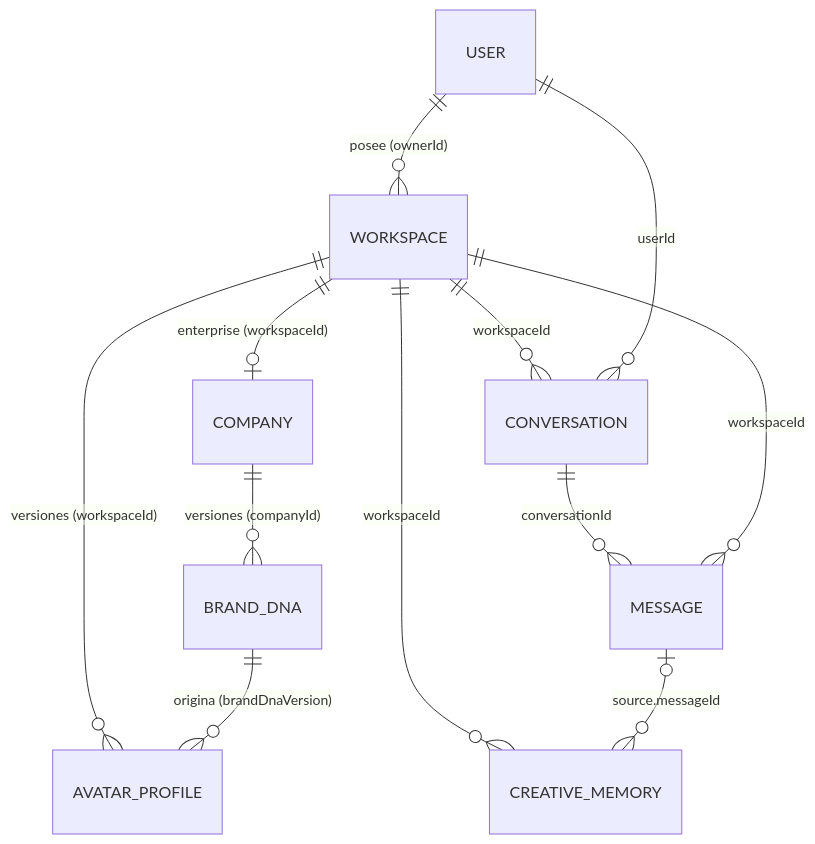
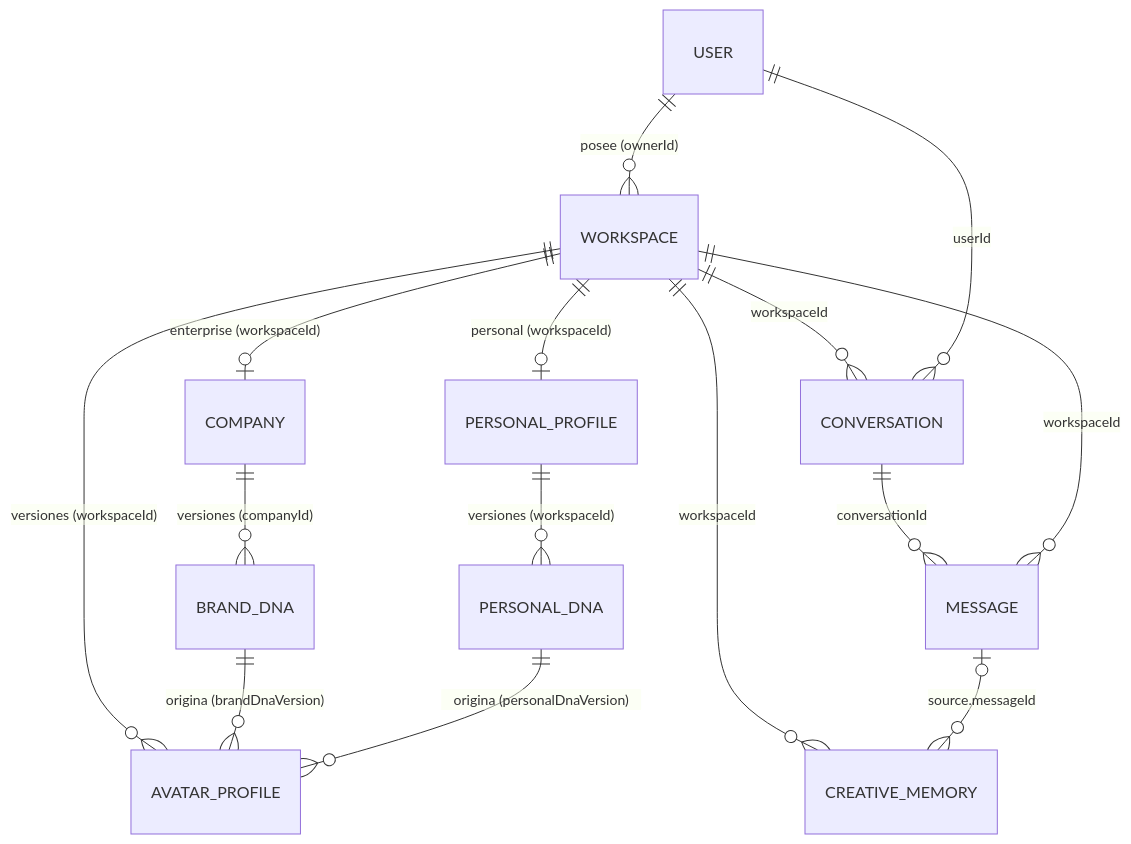
The diagram in docs/ENTITIES.md (Jondelk/PixelIA), drawn with Mermaid before and after one commit. The commit also changed other lines of this file and 95 other files, not shown here.

````diff
--- a/docs/ENTITIES.md
+++ b/docs/ENTITIES.md
@@ -20,14 +21,17 @@
 ```mermaid
 erDiagram
   USER ||--o{ WORKSPACE : "posee (ownerId)"
   WORKSPACE ||--o| COMPANY : "enterprise (workspaceId)"
   COMPANY ||--o{ BRAND_DNA : "versiones (companyId)"
+  WORKSPACE ||--o| PERSONAL_PROFILE : "personal (workspaceId)"
+  PERSONAL_PROFILE ||--o{ PERSONAL_DNA : "versiones (workspaceId)"
   WORKSPACE ||--o{ AVATAR_PROFILE : "versiones (workspaceId)"
   BRAND_DNA ||--o{ AVATAR_PROFILE : "origina (brandDnaVersion)"
+  PERSONAL_DNA ||--o{ AVATAR_PROFILE : "origina (personalDnaVersion)"
   WORKSPACE ||--o{ CONVERSATION : "workspaceId"
   USER ||--o{ CONVERSATION : "userId"
   CONVERSATION ||--o{ MESSAGE : "conversationId"
   WORKSPACE ||--o{ MESSAGE : "workspaceId"
   WORKSPACE ||--o{ CREATIVE_MEMORY : "workspaceId"
   MESSAGE |o--o{ CREATIVE_MEMORY : "source.messageId"
 ```
````
